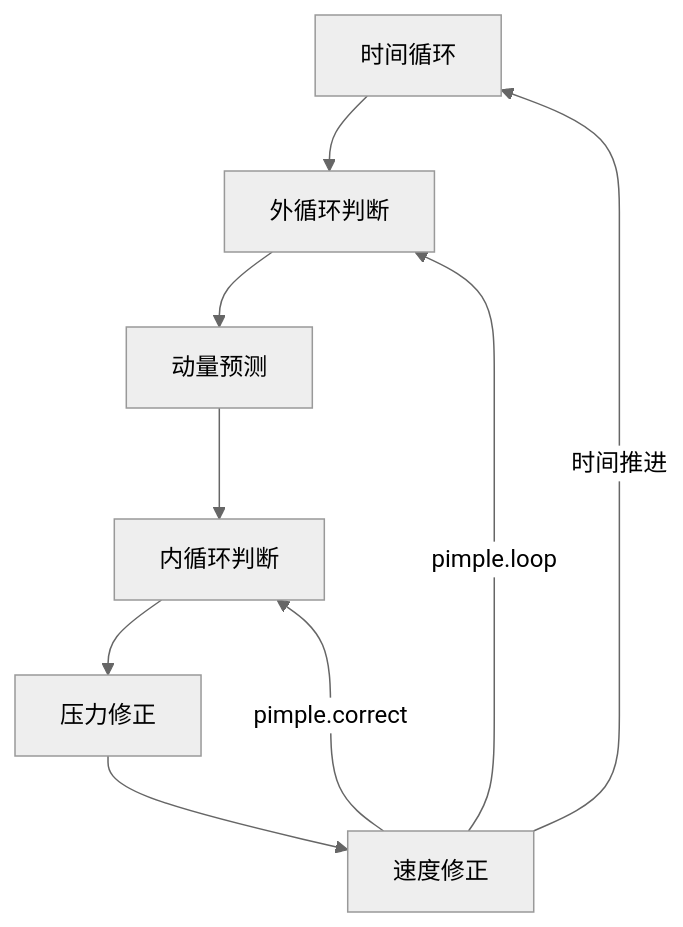
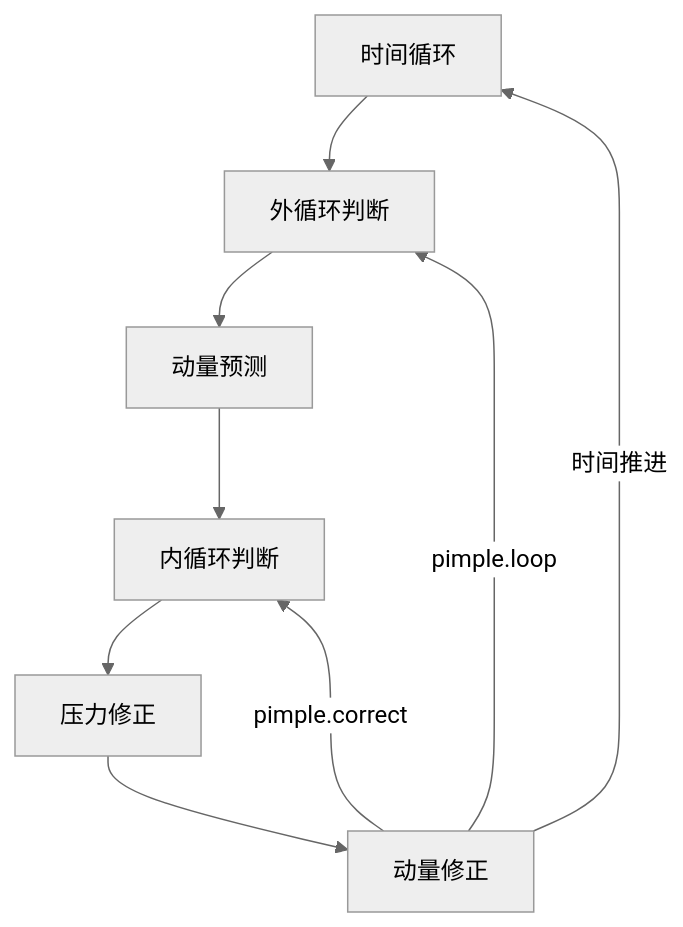
The diagram in content/docs/ofs/ofsp/24_pimple.zh-cn.md (Aerosand/aerosand.github.io), drawn with Mermaid (neutral theme) before and after one commit. The commit also changed other lines of this file and 22 other files, not shown here.

````diff
--- a/content/docs/ofs/ofsp/24_pimple.zh-cn.md
+++ b/content/docs/ofs/ofsp/24_pimple.zh-cn.md
@@ -250,11 +250,11 @@
 ```mermaid
 graph TD
 	时间循环-->外循环判断
 	外循环判断-->动量预测
 	动量预测-->内循环判断
 	内循环判断-->压力修正
-	压力修正-->速度修正
-	速度修正-->|pimple.correct|内循环判断
-	速度修正-->|pimple.loop|外循环判断
-	速度修正-->|时间推进|时间循环
+	压力修正-->动量修正
+	动量修正-->|pimple.correct|内循环判断
+	动量修正-->|pimple.loop|外循环判断
+	动量修正-->|时间推进|时间循环
 ```
````
